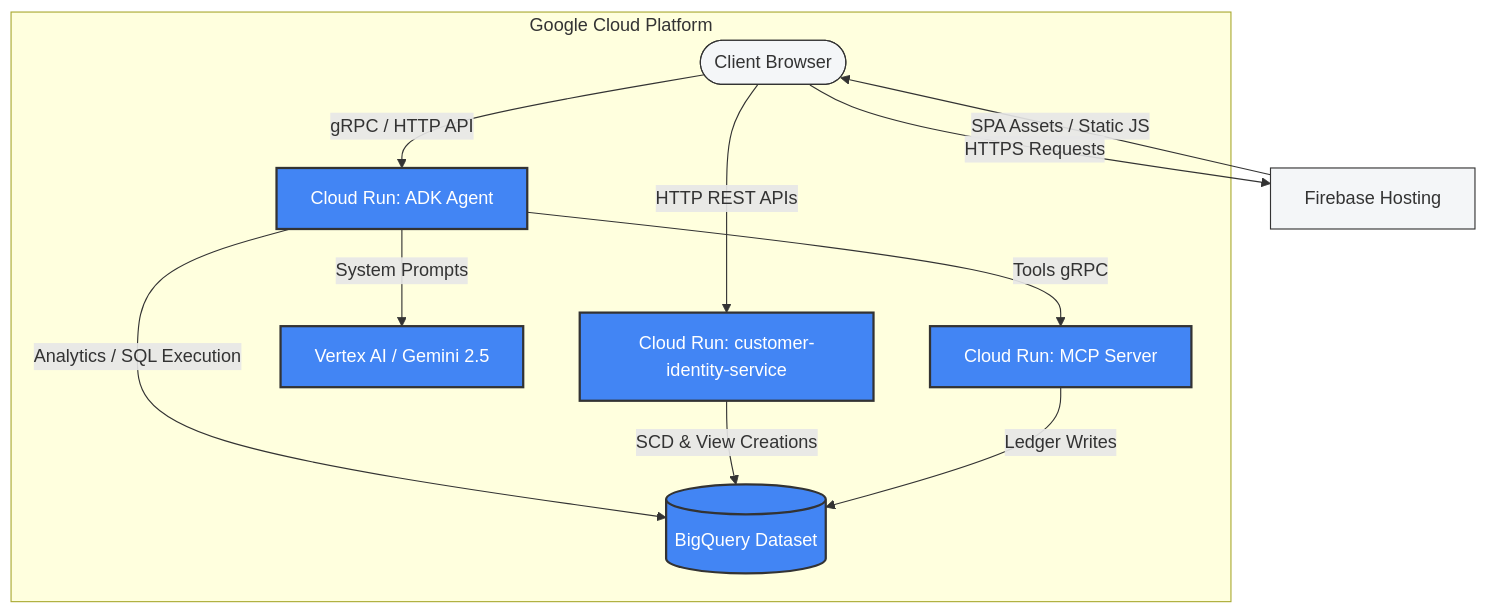
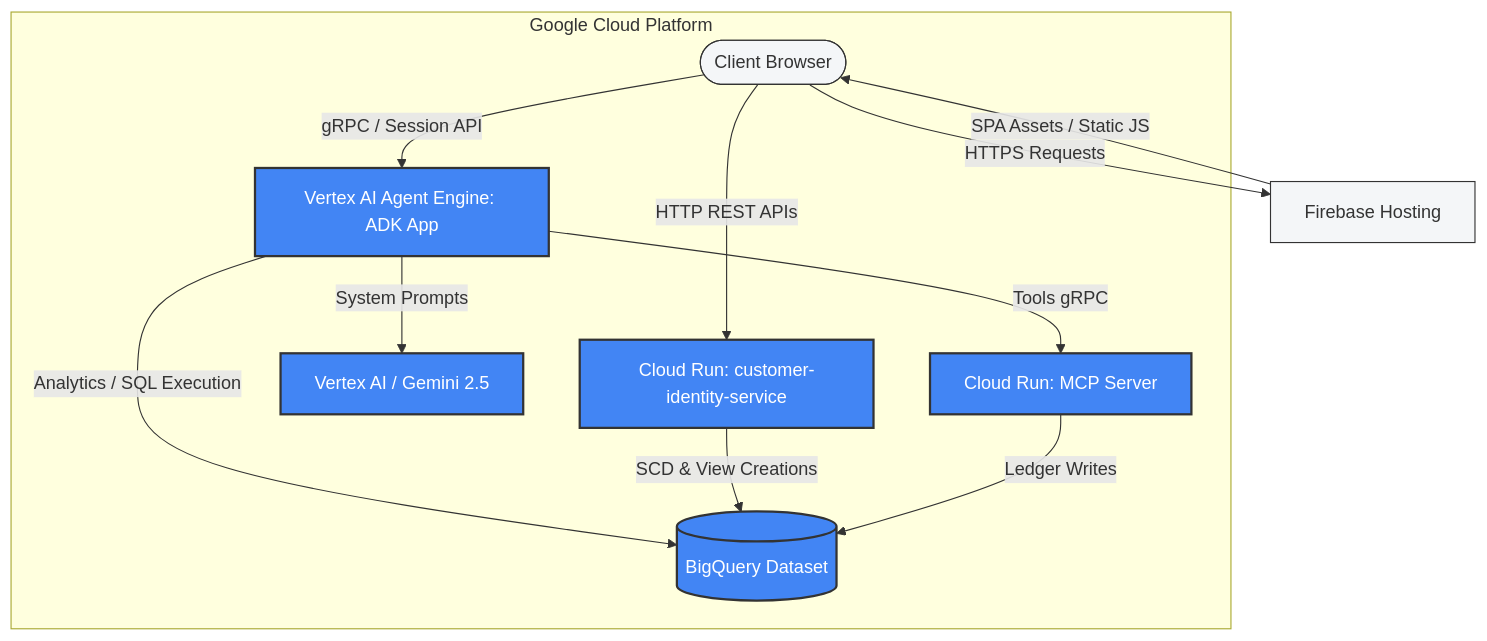
Before and after one commit to souravmighty/banking-agent: the diagram in docs/deployment.md, drawn with Mermaid. The commit also changed other lines of this file and 8 other files, not shown here.

````diff
--- a/docs/deployment.md
+++ b/docs/deployment.md
@@ -11,22 +11,22 @@
 ```mermaid
 graph TD
     Client([Client Browser]) -->|HTTPS Requests| FB_Host[Firebase Hosting]
     FB_Host -->|SPA Assets / Static JS| Client
     
     subgraph Google Cloud Platform [Google Cloud Platform]
-        Client -->|gRPC / HTTP API| CloudRun_Agent[Cloud Run: ADK Agent]
+        Client -->|gRPC / Session API| AgentEngine[Vertex AI Agent Engine: ADK App]
         Client -->|HTTP REST APIs| CloudRun_CIS[Cloud Run: customer-identity-service]
         
-        CloudRun_Agent -->|System Prompts| VertexAI[Vertex AI / Gemini 2.5]
-        CloudRun_Agent -->|Analytics / SQL Execution| BQ[(BigQuery Dataset)]
+        AgentEngine -->|System Prompts| VertexAI[Vertex AI / Gemini 2.5]
+        AgentEngine -->|Analytics / SQL Execution| BQ[(BigQuery Dataset)]
         CloudRun_CIS -->|SCD & View Creations| BQ
         
-        CloudRun_Agent -->|Tools gRPC| CloudRun_MCP[Cloud Run: MCP Server]
+        AgentEngine -->|Tools gRPC| CloudRun_MCP[Cloud Run: MCP Server]
         CloudRun_MCP -->|Ledger Writes| BQ
     end
 
     classDef gcp fill:#4285F4,stroke:#333,stroke-width:2px,color:#fff;
     classDef client fill:#f4f6f8,stroke:#333,stroke-width:1px;
-    class CloudRun_Agent,CloudRun_CIS,CloudRun_MCP,VertexAI,BQ gcp;
+    class AgentEngine,CloudRun_CIS,CloudRun_MCP,VertexAI,BQ gcp;
     class Client,FB_Host client;
 ```
````
